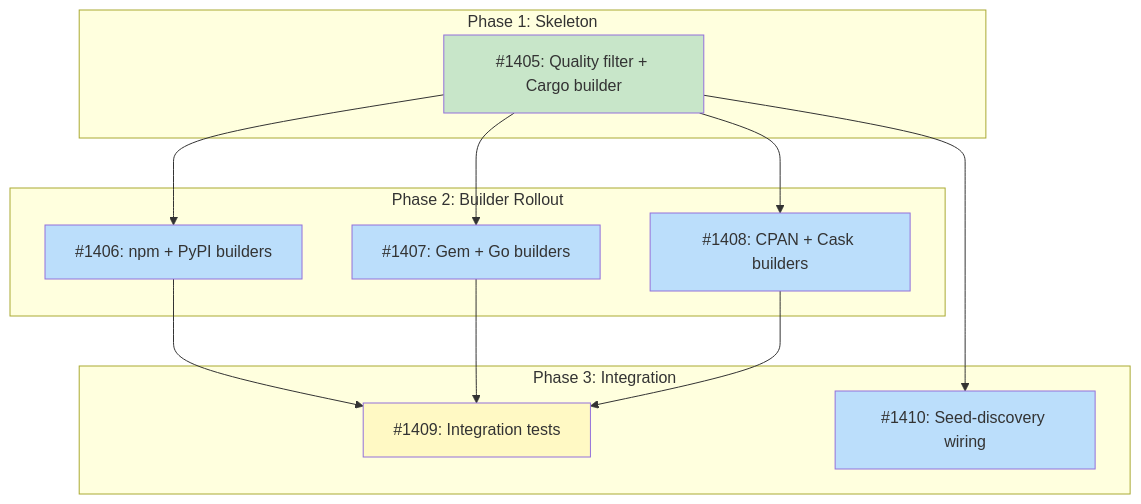
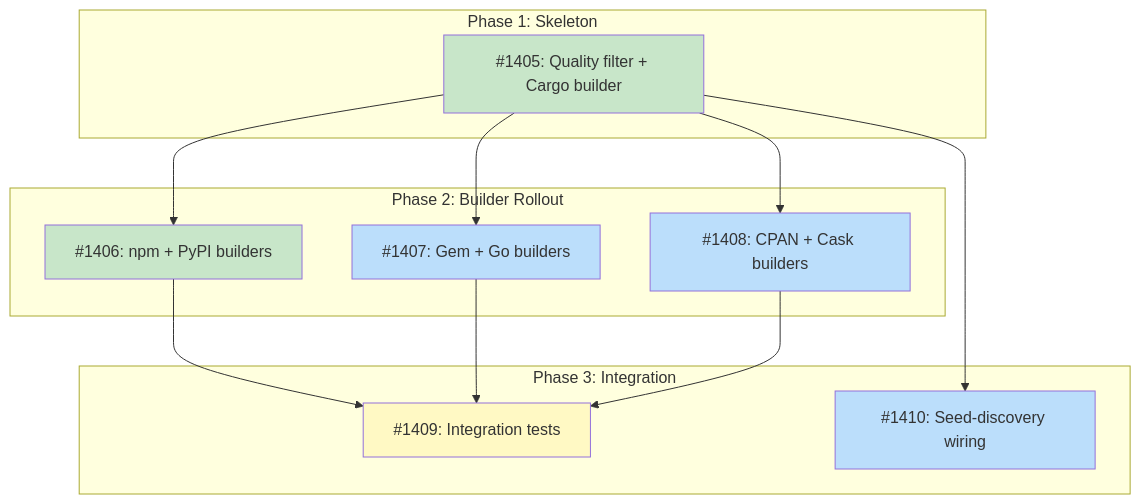
The diagram in docs/designs/DESIGN-probe-quality-filtering.md (tsukumogami/tsuku), drawn with Mermaid before and after one commit. The commit also changed other lines of this file, not shown here.

Commit message:
docs(design): mark #1406 done in DESIGN-probe-quality-filtering

````diff
--- a/docs/designs/DESIGN-probe-quality-filtering.md
+++ b/docs/designs/DESIGN-probe-quality-filtering.md
@@ -38,34 +38,35 @@
 ```mermaid
 graph TD
     subgraph Phase1["Phase 1: Skeleton"]
         I1405["#1405: Quality filter + Cargo builder"]
     end
 
     subgraph Phase2["Phase 2: Builder Rollout"]
         I1406["#1406: npm + PyPI builders"]
         I1407["#1407: Gem + Go builders"]
         I1408["#1408: CPAN + Cask builders"]
     end
 
     subgraph Phase3["Phase 3: Integration"]
         I1409["#1409: Integration tests"]
         I1410["#1410: Seed-discovery wiring"]
     end
 
     I1405 --> I1406
     I1405 --> I1407
     I1405 --> I1408
     I1406 --> I1409
     I1407 --> I1409
     I1408 --> I1409
     I1405 --> I1410
 
     classDef done fill:#c8e6c9
     classDef ready fill:#bbdefb
     classDef blocked fill:#fff9c4
     classDef needsDesign fill:#e1bee7
 
     class I1405 done
-    class I1406,I1407,I1408,I1410 ready
+    class I1406 done
+    class I1407,I1408,I1410 ready
     class I1409 blocked
 ```
````
